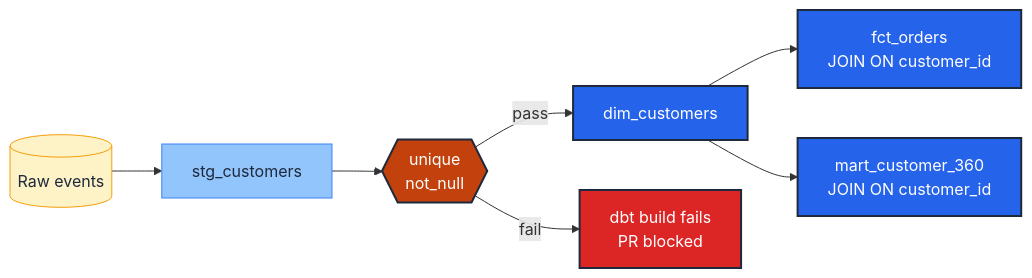
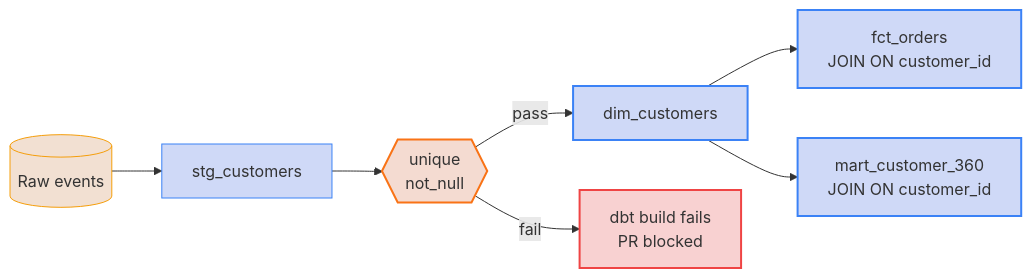
One commit to neozenith/dbt-gcp-jaffleshop changed the diagram in docs/guides/testing_taxonomy/entity/EN-01-unique-key.md. Above: the diagram before and after it, drawn with Mermaid. The commit also changed 36 other files, not shown here.

First line of the commit message:
docs(taxonomy): rework guide entry-point + WCAG-AAA dual-theme mermaid palette (#19)

````diff
--- a/docs/guides/testing_taxonomy/entity/EN-01-unique-key.md
+++ b/docs/guides/testing_taxonomy/entity/EN-01-unique-key.md
@@ -88,15 +88,15 @@
 ```mermaid
 flowchart LR
     raw[("Raw events")]:::source --> stg["stg_customers"]:::entitySecondary
     stg --> test_u{{"unique<br/>not_null"}}:::gate
     test_u -- pass --> mart["dim_customers"]:::entityPrimary
     test_u -- fail --> fail["dbt build fails<br/>PR blocked"]:::fail
     mart --> j1["fct_orders<br/>JOIN ON customer_id"]:::entityPrimary
     mart --> j2["mart_customer_360<br/>JOIN ON customer_id"]:::entityPrimary
 
-    classDef source         fill:#fef3c7,stroke:#f59e0b,color:#1e293b,stroke-width:1px
-    classDef entityPrimary  fill:#2563eb,stroke:#1e293b,color:#fff,stroke-width:2px
-    classDef entitySecondary fill:#93c5fd,stroke:#3b82f6,color:#1e293b,stroke-width:1px
-    classDef gate           fill:#c2410c,stroke:#1e293b,color:#fff,stroke-width:2px
-    classDef fail           fill:#dc2626,stroke:#1e293b,color:#fff,stroke-width:2px
+    classDef source fill:#b453092e,stroke:#f59e0b,stroke-width:1px
+    classDef entityPrimary fill:#1d4ed836,stroke:#3b82f6,stroke-width:2px
+    classDef entitySecondary fill:#1d4ed836,stroke:#3b82f6,stroke-width:1px
+    classDef gate fill:#c2410c30,stroke:#f97316,stroke-width:2px
+    classDef fail fill:#dc262636,stroke:#ef4444,stroke-width:2px
 ```
````
